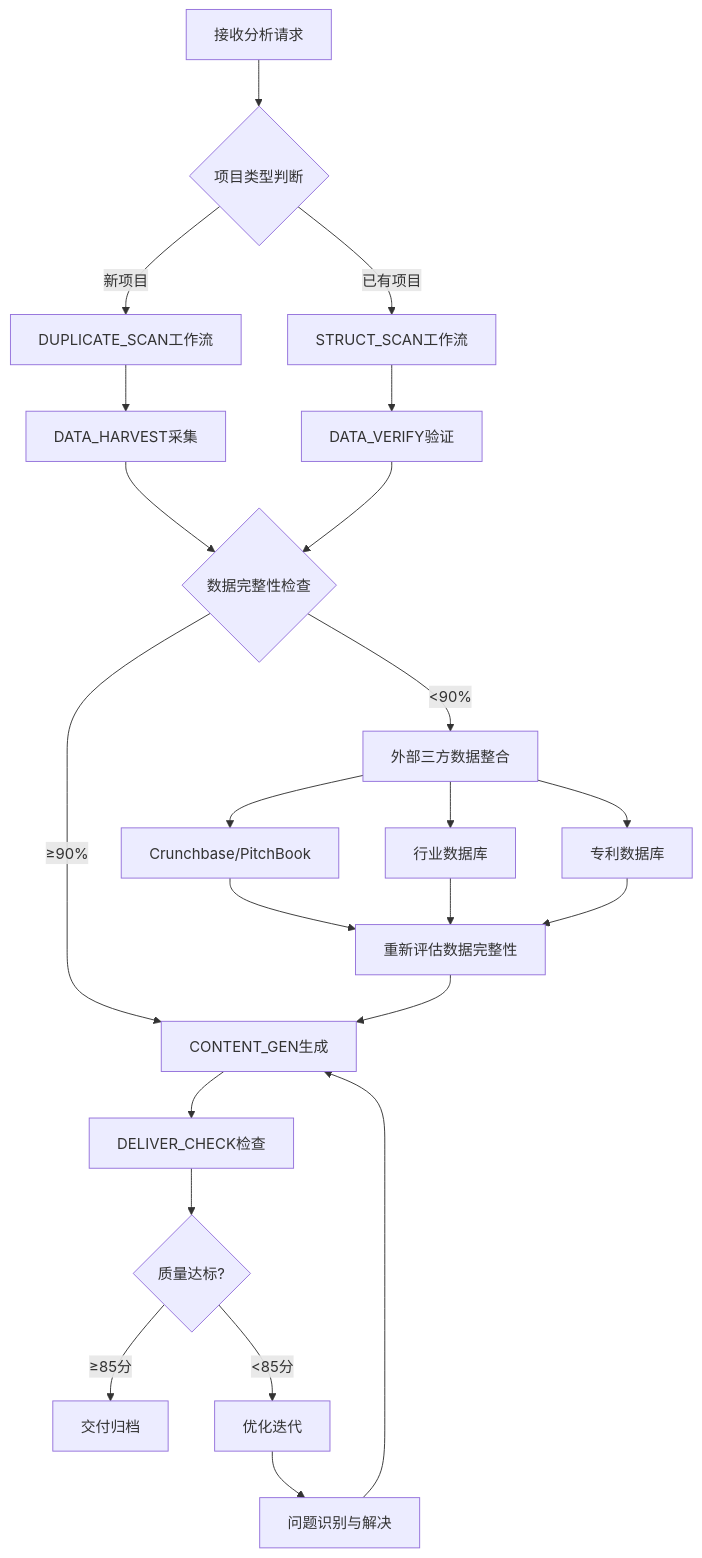
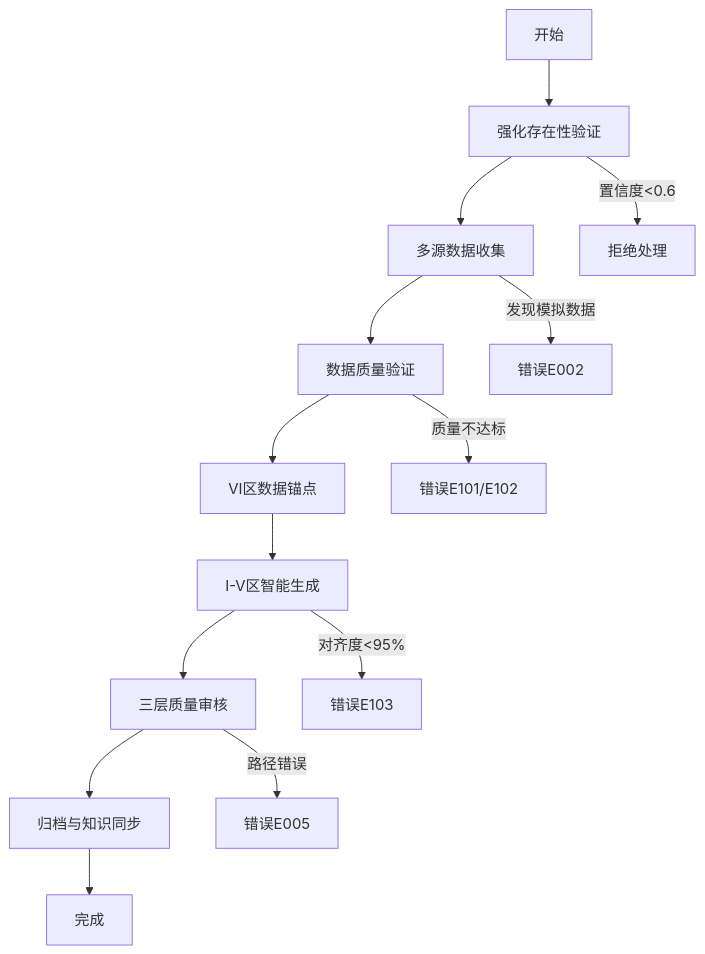
Before and after one commit to AlexSD89/v0-flowstore: the diagram in 🧠 Launch-X Skills生态系统/10-文档处理/外部AI项目文档生成专项技能-External-AI-Project-Doc-Generation/README.md, drawn with Mermaid. The commit also changed other lines of this file and 1514 other files, not shown here.

````diff
--- a/🧠 Launch-X Skills生态系统/10-文档处理/外部AI项目文档生成专项技能-External-AI-Project-Doc-Generation/README.md
+++ b/🧠 Launch-X Skills生态系统/10-文档处理/外部AI项目文档生成专项技能-External-AI-Project-Doc-Generation/README.md
@@ -842,25 +290,17 @@
 ```mermaid
 graph TD
-    A[接收分析请求] --> B{项目类型判断}
-    B -->|新项目| C[DUPLICATE_SCAN工作流]
-    B -->|已有项目| D[STRUCT_SCAN工作流]
-    C --> E[DATA_HARVEST采集]
-    D --> F[DATA_VERIFY验证]
-    E --> G{数据完整性检查}
-    F --> G
-    G -->|≥90%| H[CONTENT_GEN生成]
-    G -->|<90%| I[外部三方数据整合]
-    I --> J[Crunchbase/PitchBook]
-    I --> K[行业数据库]
-    I --> L[专利数据库]
-    J --> M[重新评估数据完整性]
-    K --> M
-    L --> M
-    M --> H
-    H --> N[DELIVER_CHECK检查]
-    N --> O{质量达标?}
-    O -->|≥85分| P[交付归档]
-    O -->|<85分| Q[优化迭代]
-    Q --> R[问题识别与解决]
-    R --> H
+    A[开始] --> B[强化存在性验证]
+    B --> C[多源数据收集]
+    C --> D[数据质量验证]
+    D --> E[VI区数据锚点]
+    E --> F[I-V区智能生成]
+    F --> G[三层质量审核]
+    G --> H[归档与知识同步]
+    H --> I[完成]
+
+    B -->|置信度<0.6| J[拒绝处理]
+    C -->|发现模拟数据| K[错误E002]
+    D -->|质量不达标| L[错误E101/E102]
+    F -->|对齐度<95%| M[错误E103]
+    G -->|路径错误| N[错误E005]
 ```
````
